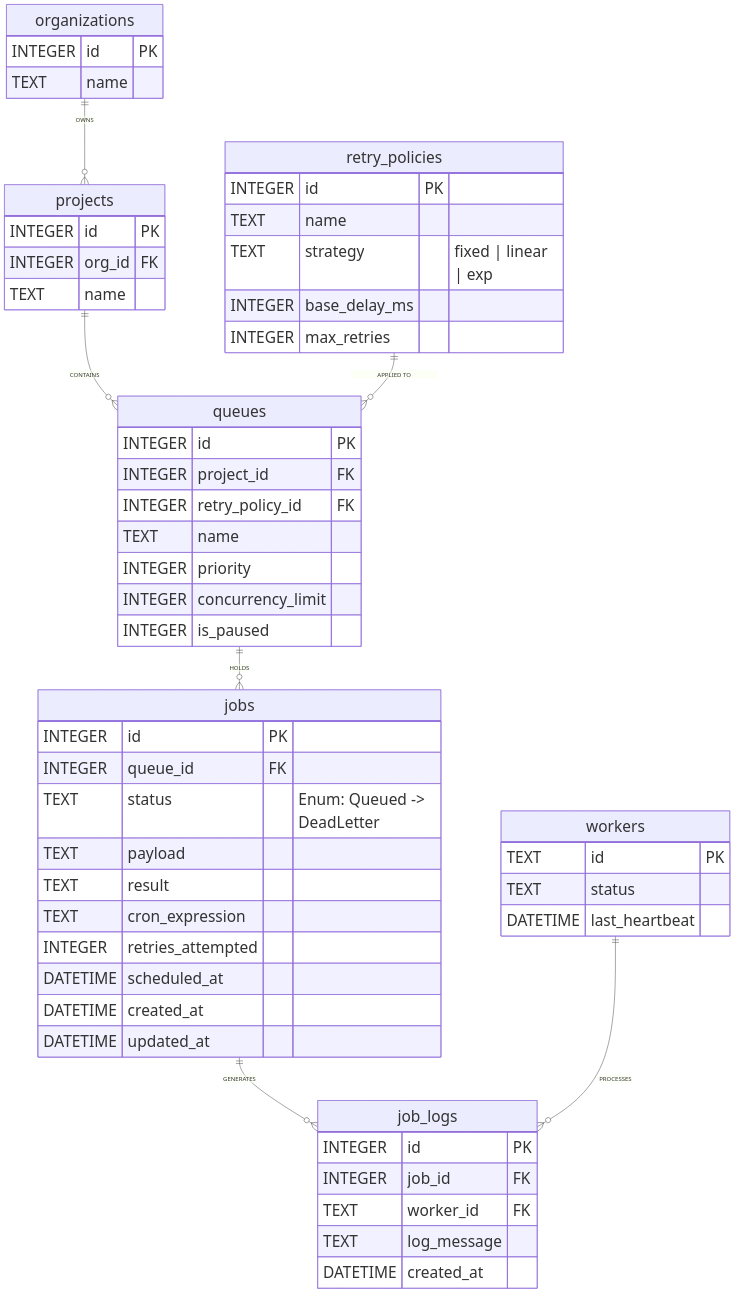
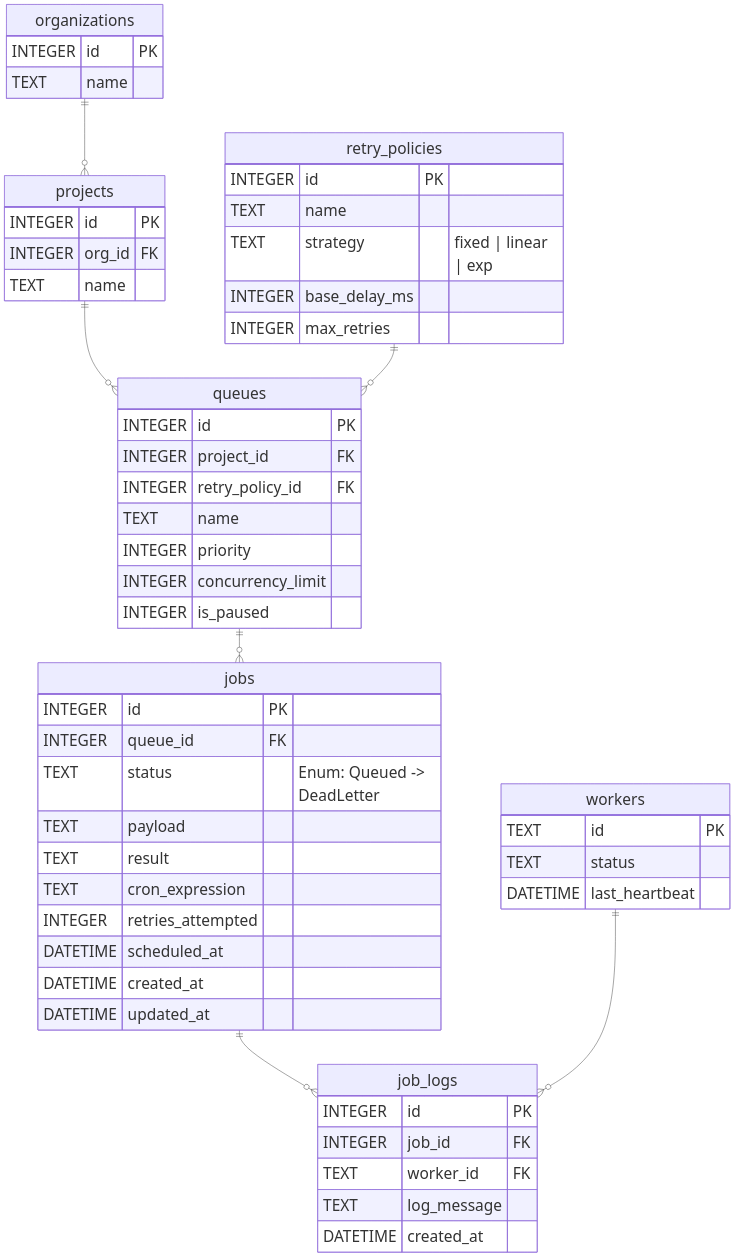
One commit to bhav1010/Distributed-Job-Scheduler changed the diagram in docs/er_diagram.md. Above: the diagram before and after it, drawn with Mermaid.

Commit message:
Remove all text labels from ER diagram relationship arrows

````diff
--- a/docs/er_diagram.md
+++ b/docs/er_diagram.md
@@ -5,65 +5,65 @@
 ```mermaid
 %%{init: { "theme": "default", "themeVariables": { "fontSize": "36px" } } }%%
 erDiagram
-    organizations ||--o{ projects : "OWNS"
+    organizations ||--o{ projects : ""
     organizations {
         INTEGER id PK
         TEXT name
     }
 
-    projects ||--o{ queues : "CONTAINS"
+    projects ||--o{ queues : ""
     projects {
         INTEGER id PK
         INTEGER org_id FK
         TEXT name
     }
 
-    retry_policies ||--o{ queues : "APPLIED TO"
+    retry_policies ||--o{ queues : ""
     retry_policies {
         INTEGER id PK
         TEXT name
         TEXT strategy "fixed | linear | exp"
         INTEGER base_delay_ms
         INTEGER max_retries
     }
 
-    queues ||--o{ jobs : "HOLDS"
+    queues ||--o{ jobs : ""
     queues {
         INTEGER id PK
         INTEGER project_id FK
         INTEGER retry_policy_id FK
         TEXT name
         INTEGER priority
         INTEGER concurrency_limit
         INTEGER is_paused
     }
 
-    jobs ||--o{ job_logs : "GENERATES"
+    jobs ||--o{ job_logs : ""
     jobs {
         INTEGER id PK
         INTEGER queue_id FK
         TEXT status "Enum: Queued -> DeadLetter"
         TEXT payload
         TEXT result
         TEXT cron_expression
         INTEGER retries_attempted
         DATETIME scheduled_at
         DATETIME created_at
         DATETIME updated_at
     }
 
-    workers ||--o{ job_logs : "PROCESSES"
+    workers ||--o{ job_logs : ""
     workers {
         TEXT id PK
         TEXT status
         DATETIME last_heartbeat
     }
 
     job_logs {
         INTEGER id PK
         INTEGER job_id FK
         TEXT worker_id FK
         TEXT log_message
         DATETIME created_at
     }
 ```
````
